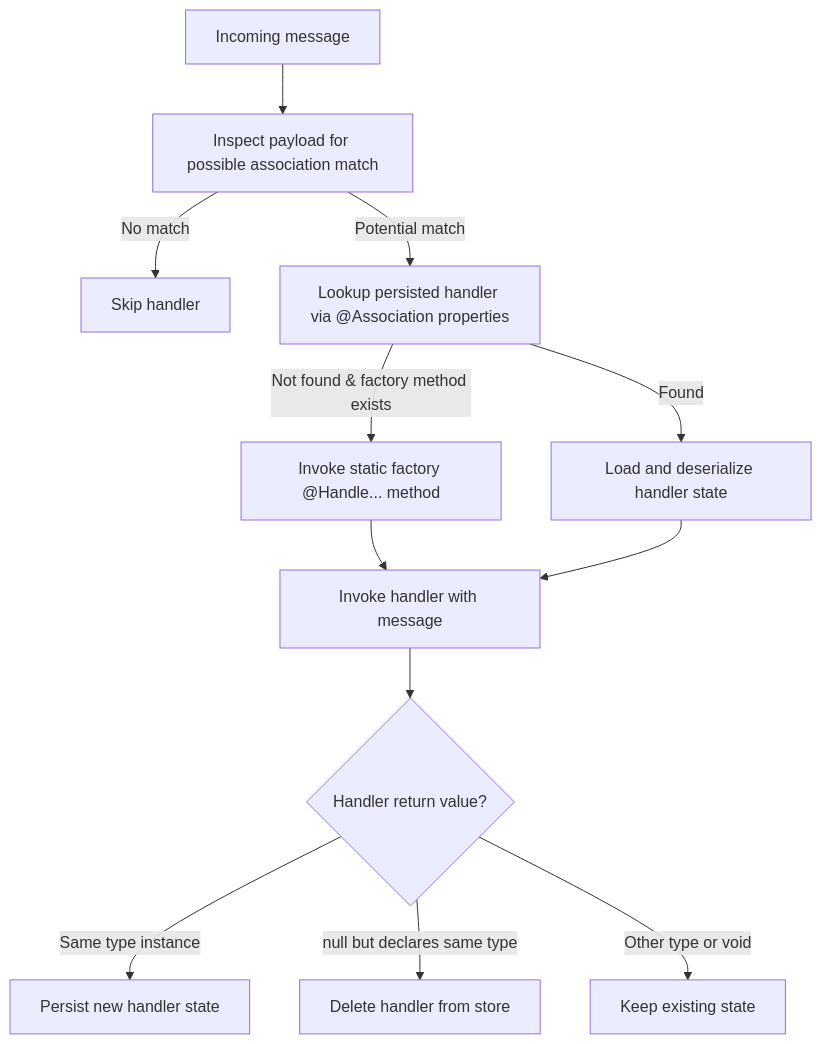
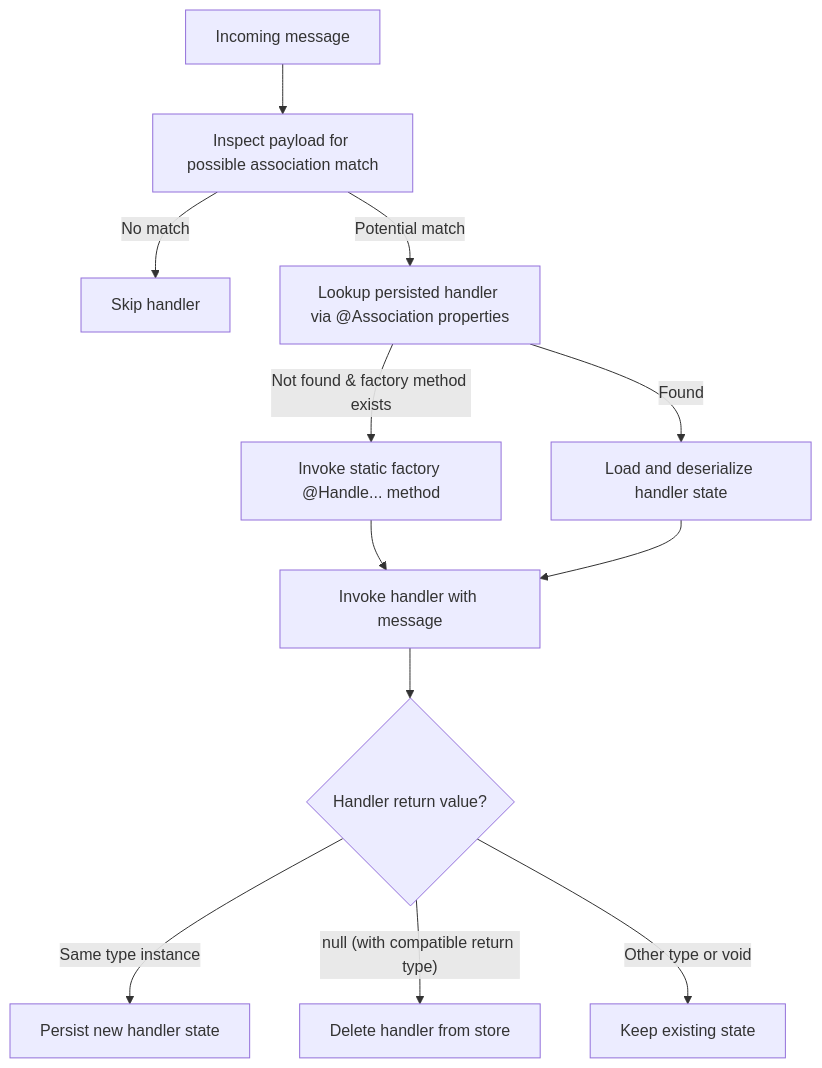
One commit to fluxzero-io/fluxzero-site changed the diagram in src/content/docs/docs/guides/Modeling & persistence/210-stateful-handlers.mdx. Above: the diagram before and after it, drawn with Mermaid. The commit also changed 1 other file, not shown here.

Commit message:
feat: add graphs explaining upcasting and improvement for statefuls

````diff
--- a/src/content/docs/docs/guides/Modeling & persistence/210-stateful-handlers.mdx
+++ b/src/content/docs/docs/guides/Modeling & persistence/210-stateful-handlers.mdx
@@ -186,17 +186,17 @@
 ```mermaid
 graph TD
     MSG[Incoming message] --> CHECK[Inspect payload for possible association match]
     CHECK -->|No match| SKIP[Skip handler]
     CHECK -->|Potential match| LOOKUP[Lookup persisted handler via @Association properties]
 
     LOOKUP -->|Not found & factory method exists| CREATE[Invoke static factory @Handle... method]
     LOOKUP -->|Found| LOAD[Load and deserialize handler state]
 
     CREATE --> INVOKE[Invoke handler with message]
     LOAD --> INVOKE[Invoke handler with message]
 
     INVOKE --> RETURN{Handler return value?}
     RETURN -->|Same type instance| UPDATE[Persist new handler state]
-    RETURN -->|null but declares same type| DELETE[Delete handler from store]
+    RETURN -->|"null (with compatible return type)"| DELETE[Delete handler from store]
     RETURN -->|Other type or void| KEEP[Keep existing state]
 ```
````
